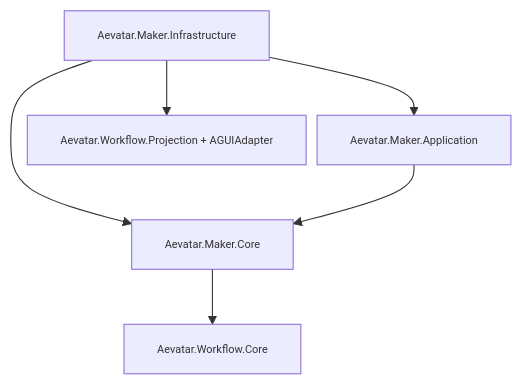
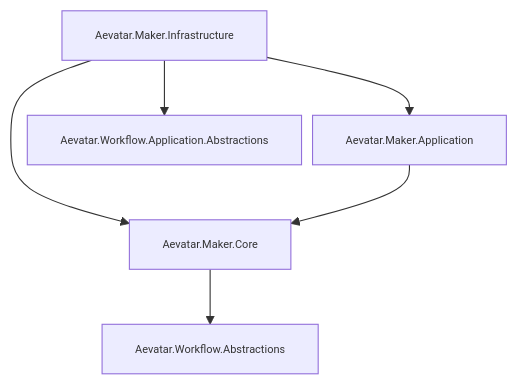
One commit to aevatarAI/aevatar changed the diagram in src/maker/README.md. Above: the diagram before and after it, drawn with Mermaid. The commit also changed other lines of this file and 38 other files, not shown here.

First line of the commit message:
Enhance Workflow Abstractions and Refactor Maker Integration

````diff
--- a/src/maker/README.md
+++ b/src/maker/README.md
@@ -21,9 +22,9 @@
 ```mermaid
 %%{init: {"maxTextSize": 100000, "flowchart": {"useMaxWidth": false, "nodeSpacing": 10, "rankSpacing": 50}, "themeVariables": {"fontSize": "10px"}}}%%
 flowchart TB
     A["Aevatar.Maker.Infrastructure"] --> B["Aevatar.Maker.Application"]
     A --> C["Aevatar.Maker.Core"]
-    A --> P["Aevatar.Workflow.Projection + AGUIAdapter"]
+    A --> WA["Aevatar.Workflow.Application.Abstractions"]
     B --> C
-    C --> E["Aevatar.Workflow.Core"]
+    C --> WABS["Aevatar.Workflow.Abstractions"]
 ```
````
